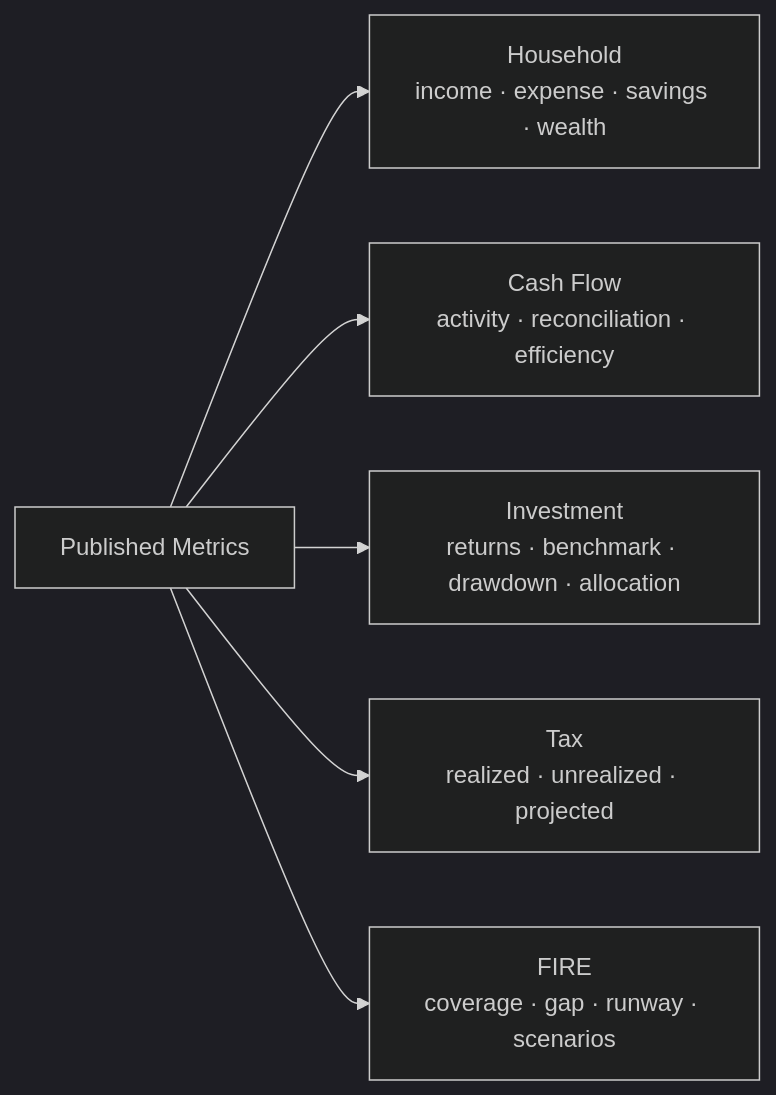
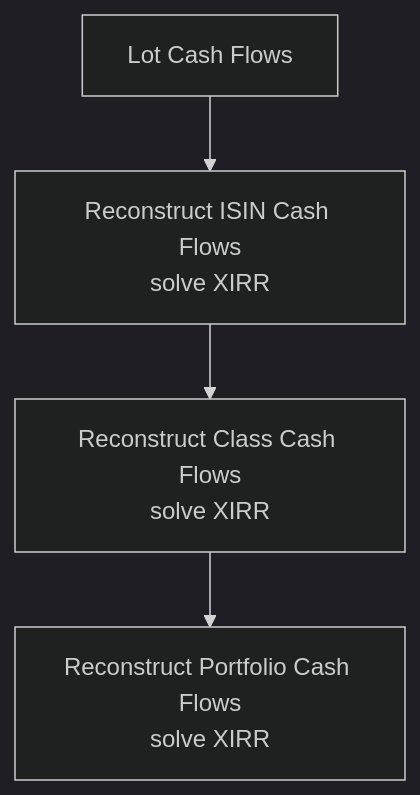
One commit to tks18/personal-finance-etl changed the diagram in docs/finance/metrics-and-methodology.md. Above: the diagram before and after it, drawn with Mermaid (dark theme). The commit also changed other lines of this file and 5 other files, not shown here.

````diff
--- a/docs/finance/metrics-and-methodology.md
+++ b/docs/finance/metrics-and-methodology.md
@@ -27,8 +138,6 @@
 ```mermaid
-flowchart LR
-    M["Published Metrics"] --> H["Household<br/>income · expense · savings · wealth"]
-    M --> C["Cash Flow<br/>activity · reconciliation · efficiency"]
-    M --> I["Investment<br/>returns · benchmark · drawdown · allocation"]
-    M --> T["Tax<br/>realized · unrealized · projected"]
-    M --> F["FIRE<br/>coverage · gap · runway · scenarios"]
+flowchart TB
+    LOT["Lot Cash Flows"] --> ISIN["Reconstruct ISIN Cash Flows<br/>solve XIRR"]
+    ISIN --> CLASS["Reconstruct Class Cash Flows<br/>solve XIRR"]
+    CLASS --> PORT["Reconstruct Portfolio Cash Flows<br/>solve XIRR"]
 ```
````
